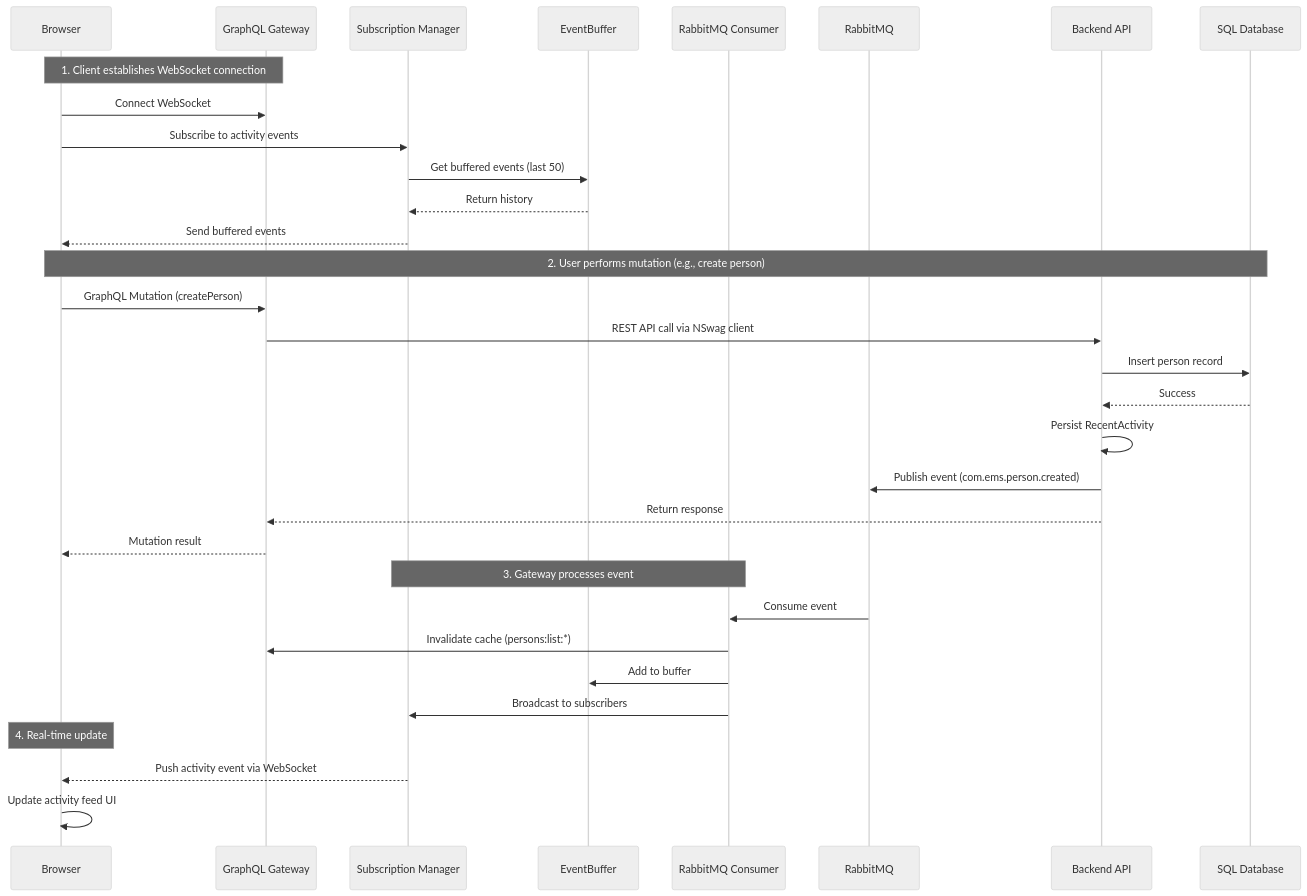
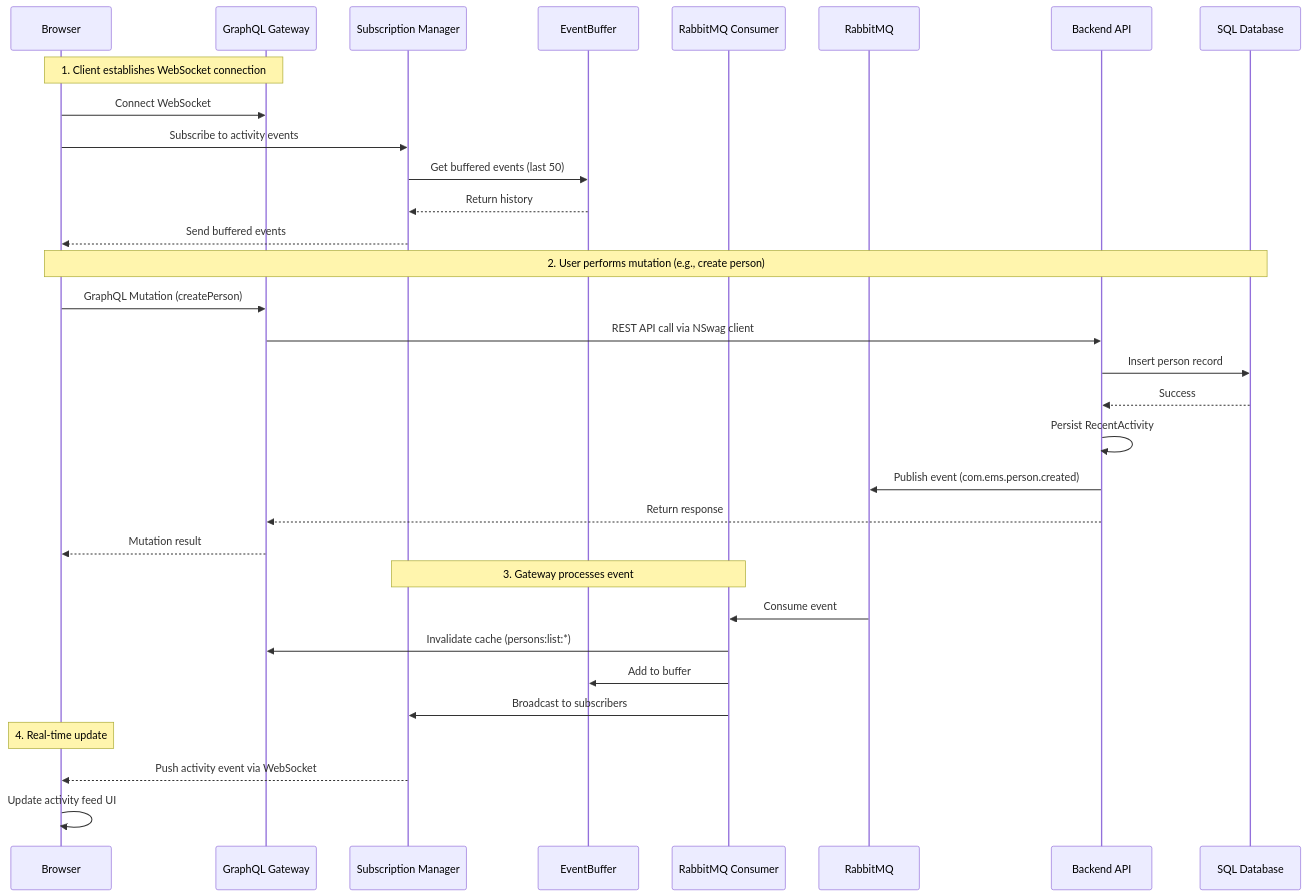
Before and after one commit to joealfa/ems-v2: the third of 4 diagrams in README.md, drawn with Mermaid. The commit also changed other lines of this file, not shown here.

Commit message:
chore: Update Mermaid diagram theme from neutral to forest in README.md

````diff
--- a/README.md
+++ b/README.md
@@ -343,39 +342,38 @@
 ```mermaid
-%%{init: {'theme': 'neutral'}}%%
 sequenceDiagram
     participant Browser
     participant Gateway as GraphQL Gateway
     participant Subscription as Subscription Manager
     participant EventBuffer
     participant RabbitConsumer as RabbitMQ Consumer
     participant RabbitMQ
     participant Backend as Backend API
     participant DB as SQL Database
 
     Note over Browser,Gateway: 1. Client establishes WebSocket connection
     Browser->>Gateway: Connect WebSocket
     Browser->>Subscription: Subscribe to activity events
     Subscription->>EventBuffer: Get buffered events (last 50)
     EventBuffer-->>Subscription: Return history
     Subscription-->>Browser: Send buffered events
     
     Note over Browser,DB: 2. User performs mutation (e.g., create person)
     Browser->>Gateway: GraphQL Mutation (createPerson)
     Gateway->>Backend: REST API call via NSwag client
     Backend->>DB: Insert person record
     DB-->>Backend: Success
     Backend->>Backend: Persist RecentActivity
     Backend->>RabbitMQ: Publish event (com.ems.person.created)
     Backend-->>Gateway: Return response
     Gateway-->>Browser: Mutation result
     
     Note over RabbitConsumer,Subscription: 3. Gateway processes event
     RabbitMQ->>RabbitConsumer: Consume event
     RabbitConsumer->>Gateway: Invalidate cache (persons:list:*)
     RabbitConsumer->>EventBuffer: Add to buffer
     RabbitConsumer->>Subscription: Broadcast to subscribers
     
     Note over Browser: 4. Real-time update
     Subscription-->>Browser: Push activity event via WebSocket
     Browser->>Browser: Update activity feed UI
 ```
````
